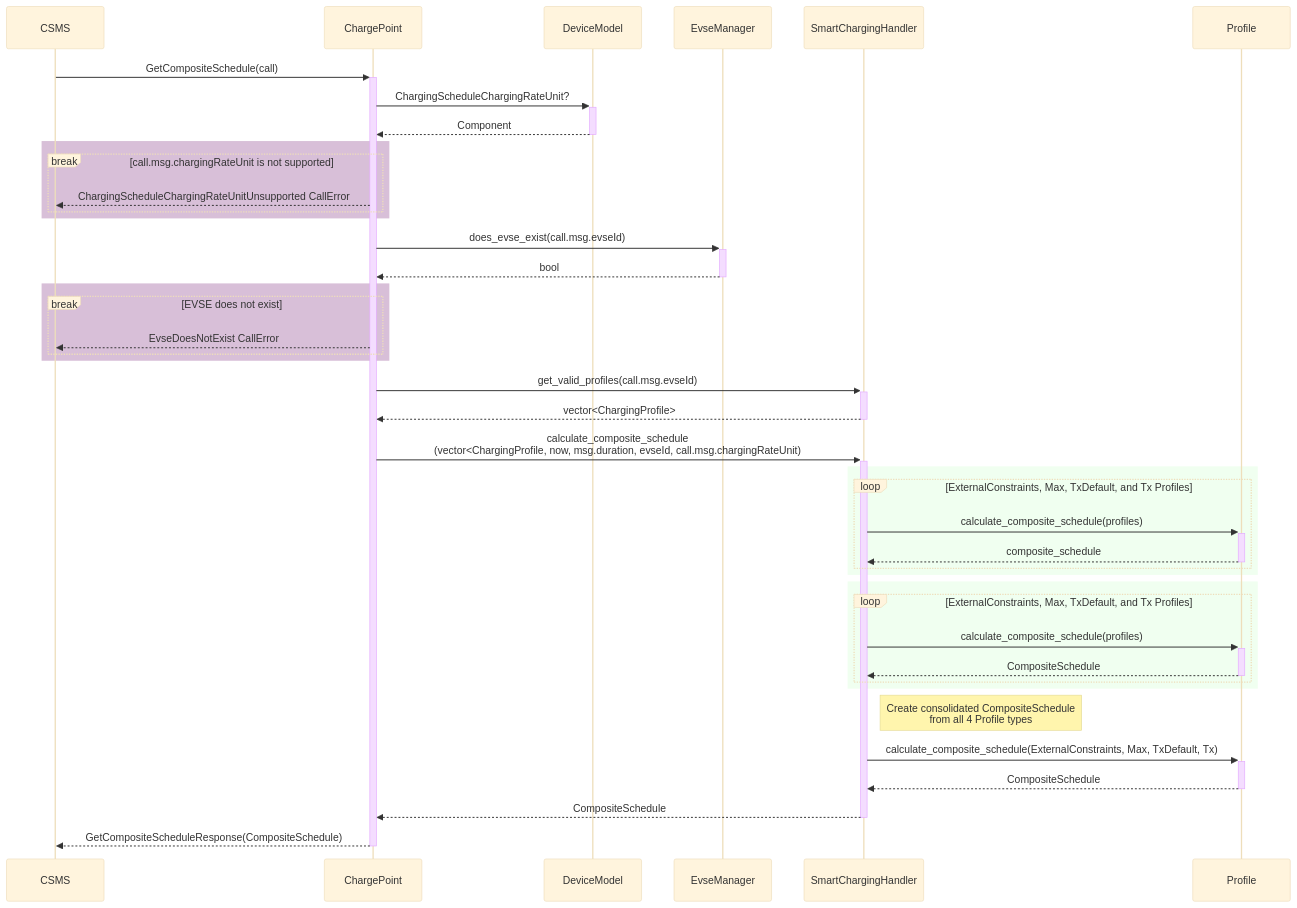
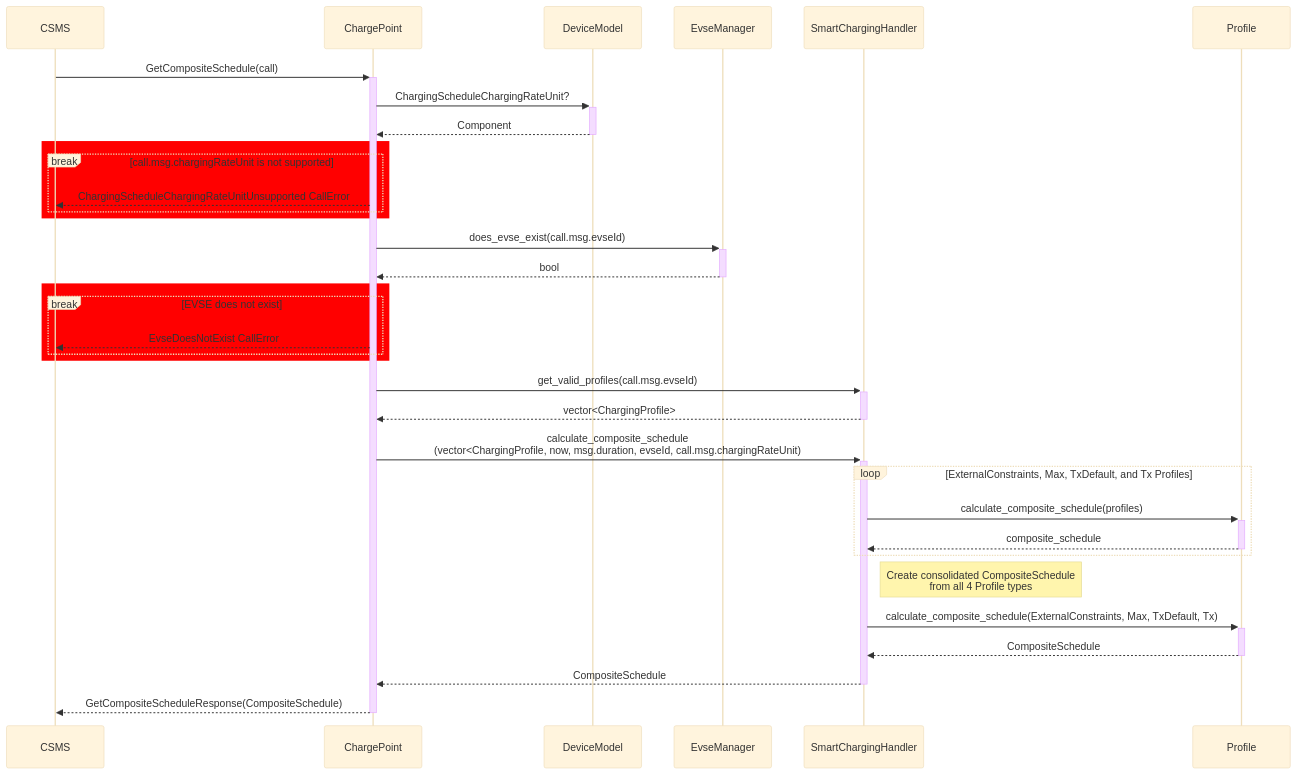
One commit to EVerest/libocpp changed the second of 4 diagrams in README.md. Above: the diagram before and after it, drawn with Mermaid (base theme). The commit also changed other lines of this file, not shown here.

Commit message:
Updated diagram colors for README as per PR review

````diff
--- a/README.md
+++ b/README.md
@@ -519,53 +519,44 @@
 ```mermaid
 sequenceDiagram
 
     CSMS->>+ChargePoint: GetCompositeSchedule(call)
 
 
     ChargePoint->>+DeviceModel : ChargingScheduleChargingRateUnit?
     DeviceModel-->>-ChargePoint : Component
 
-    rect Thistle 
+    rect Red 
         break call.msg.chargingRateUnit is not supported
             ChargePoint-->>CSMS : ChargingScheduleChargingRateUnitUnsupported CallError
         end
     end
 
     ChargePoint->>+EvseManager : does_evse_exist(call.msg.evseId)
     EvseManager-->>-ChargePoint : bool
-    rect Thistle 
+    rect Red 
         break EVSE does not exist
             ChargePoint-->>CSMS : EvseDoesNotExist CallError
         end
     end
 
     ChargePoint->>+SmartChargingHandler : get_valid_profiles(call.msg.evseId)
 
     SmartChargingHandler-->>-ChargePoint : vector<ChargingProfile>
 
     ChargePoint->>+SmartChargingHandler : calculate_composite_schedule<br/>(vector<ChargingProfile, now, msg.duration, evseId, call.msg.chargingRateUnit)
 
-    rect Honeydew
-        loop ExternalConstraints, Max, TxDefault, and Tx Profiles
-            SmartChargingHandler->>+Profile: calculate_composite_schedule(profiles)
-            Profile-->>-SmartChargingHandler: composite_schedule 
-        end
+    loop ExternalConstraints, Max, TxDefault, and Tx Profiles
+        SmartChargingHandler->>+Profile: calculate_composite_schedule(profiles)
+        Profile-->>-SmartChargingHandler: composite_schedule 
     end
 
-    rect Honeydew
-        loop ExternalConstraints, Max, TxDefault, and Tx Profiles
-            SmartChargingHandler->>+Profile: calculate_composite_schedule(profiles)
-            Profile-->>-SmartChargingHandler: CompositeSchedule 
-        end
-    end
-
-        note right of SmartChargingHandler: Create consolidated CompositeSchedule<br />from all 4 Profile types
+    note right of SmartChargingHandler: Create consolidated CompositeSchedule<br />from all 4 Profile types
 
 
     SmartChargingHandler->>+Profile: calculate_composite_schedule(ExternalConstraints, Max, TxDefault, Tx)
     Profile-->>-SmartChargingHandler: CompositeSchedule
 
     SmartChargingHandler-->>-ChargePoint: CompositeSchedule
 
     ChargePoint-->>-CSMS : GetCompositeScheduleResponse(CompositeSchedule)
 ```
````
